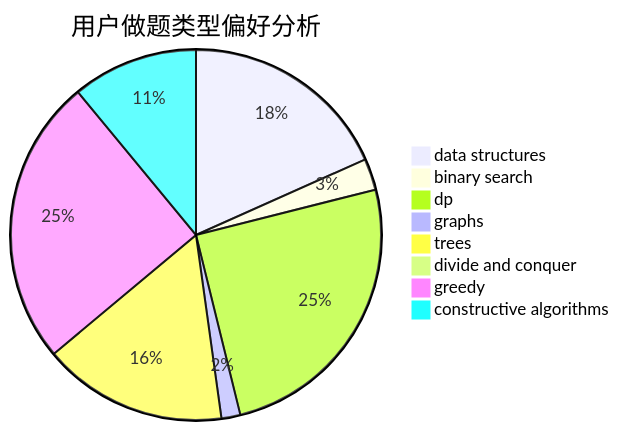
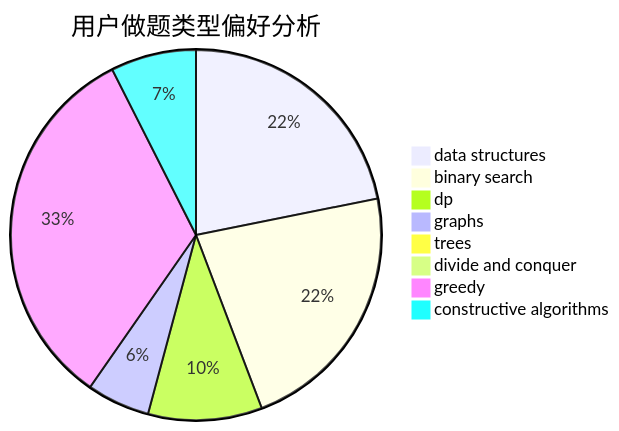
The second of 3 diagrams in docs/user/u2560.md (sherpahu/cfrs.github.io), drawn with Mermaid before and after one commit. The commit also changed other lines of this file and 2770 other files, not shown here.

````diff
--- a/docs/user/u2560.md
+++ b/docs/user/u2560.md
@@ -23,11 +23,11 @@
 ```mermaid
 pie title 用户做题类型偏好分析
-    "data structures" :  100
-    "binary search" :  15
-    "dp" :  137
-    "graphs" :  9
-    "trees" :  88
+    "data structures" :  123
+    "binary search" :  126
+    "dp" :  56
+    "graphs" :  31
+    "trees" :  0
     "divide and conquer" :  0
-    "greedy" :  137
-    "constructive algorithms" :  60
+    "greedy" :  185
+    "constructive algorithms" :  42
 ```
````
